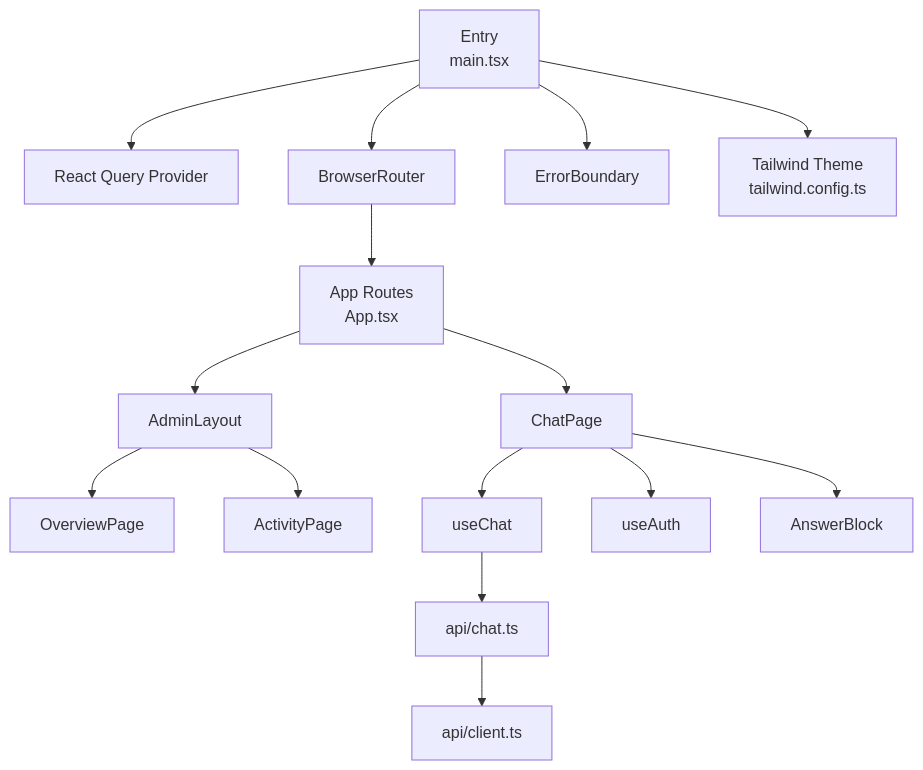
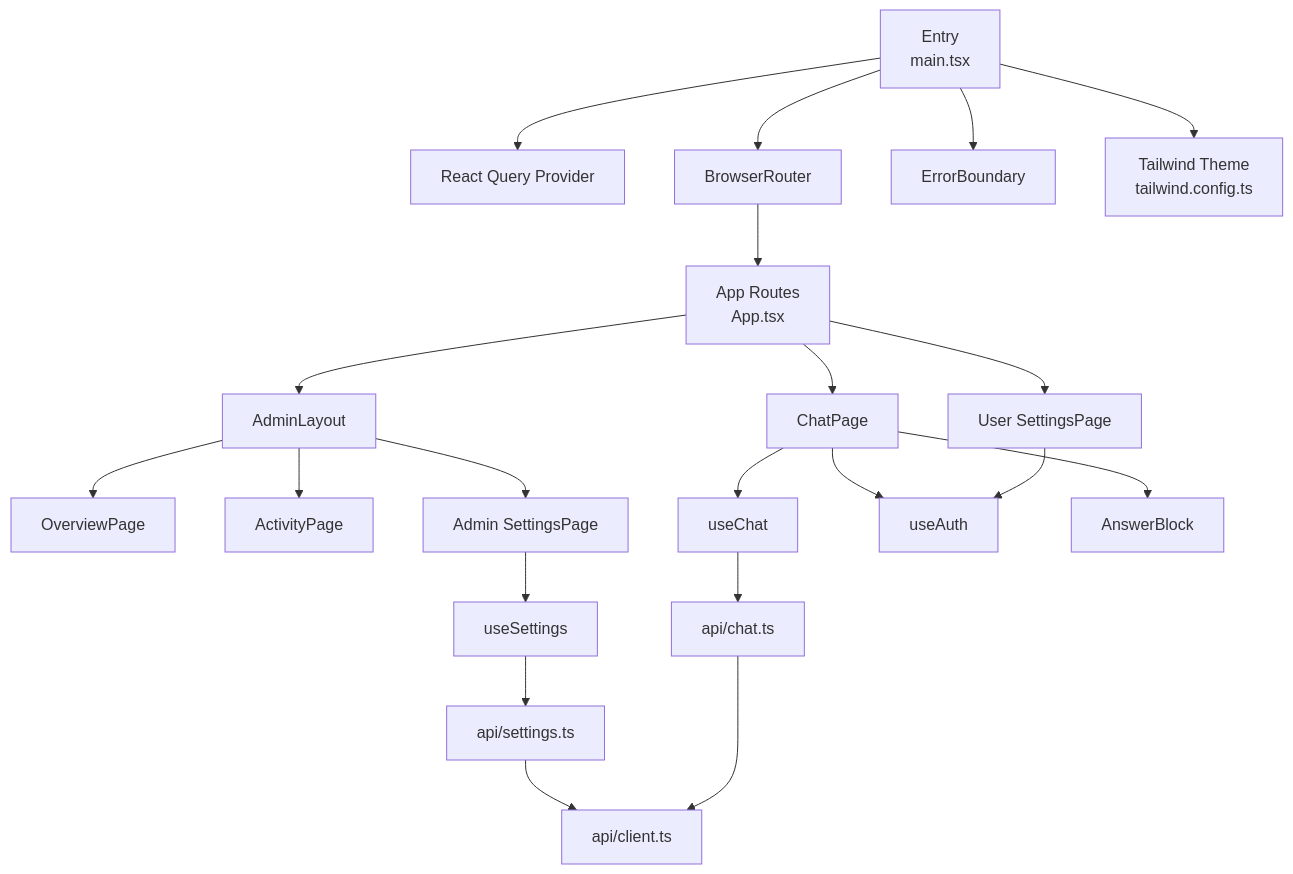
Before and after one commit to genes8/private-ai: the second of 12 diagrams in .qoder/repowiki/en/content/Architecture and Design/Frontend Architecture.md, drawn with Mermaid. The commit also changed other lines of this file and 55 other files, not shown here.

````diff
--- a/.qoder/repowiki/en/content/Architecture and Design/Frontend Architecture.md
+++ b/.qoder/repowiki/en/content/Architecture and Design/Frontend Architecture.md
@@ -140,17 +167,23 @@
 ```mermaid
 graph TB
 E["Entry<br/>main.tsx"] --> Q["React Query Provider"]
 E --> BR["BrowserRouter"]
 E --> EB["ErrorBoundary"]
 BR --> APP["App Routes<br/>App.tsx"]
 APP --> CHAT["ChatPage"]
 APP --> ADMIN["AdminLayout"]
+APP --> USERSET["User SettingsPage"]
 ADMIN --> OVER["OverviewPage"]
 ADMIN --> ACT["ActivityPage"]
+ADMIN --> ADMSET["Admin SettingsPage"]
 CHAT --> HC["useChat"]
 CHAT --> HA["useAuth"]
 CHAT --> AB["AnswerBlock"]
+USERSET --> HA
+ADMSET --> HS["useSettings"]
+HS --> SS["api/settings.ts"]
+SS --> AC["api/client.ts"]
 HC --> API["api/chat.ts"]
-API --> AC["api/client.ts"]
+API --> AC
 E --> TW["Tailwind Theme<br/>tailwind.config.ts"]
 ```
````
